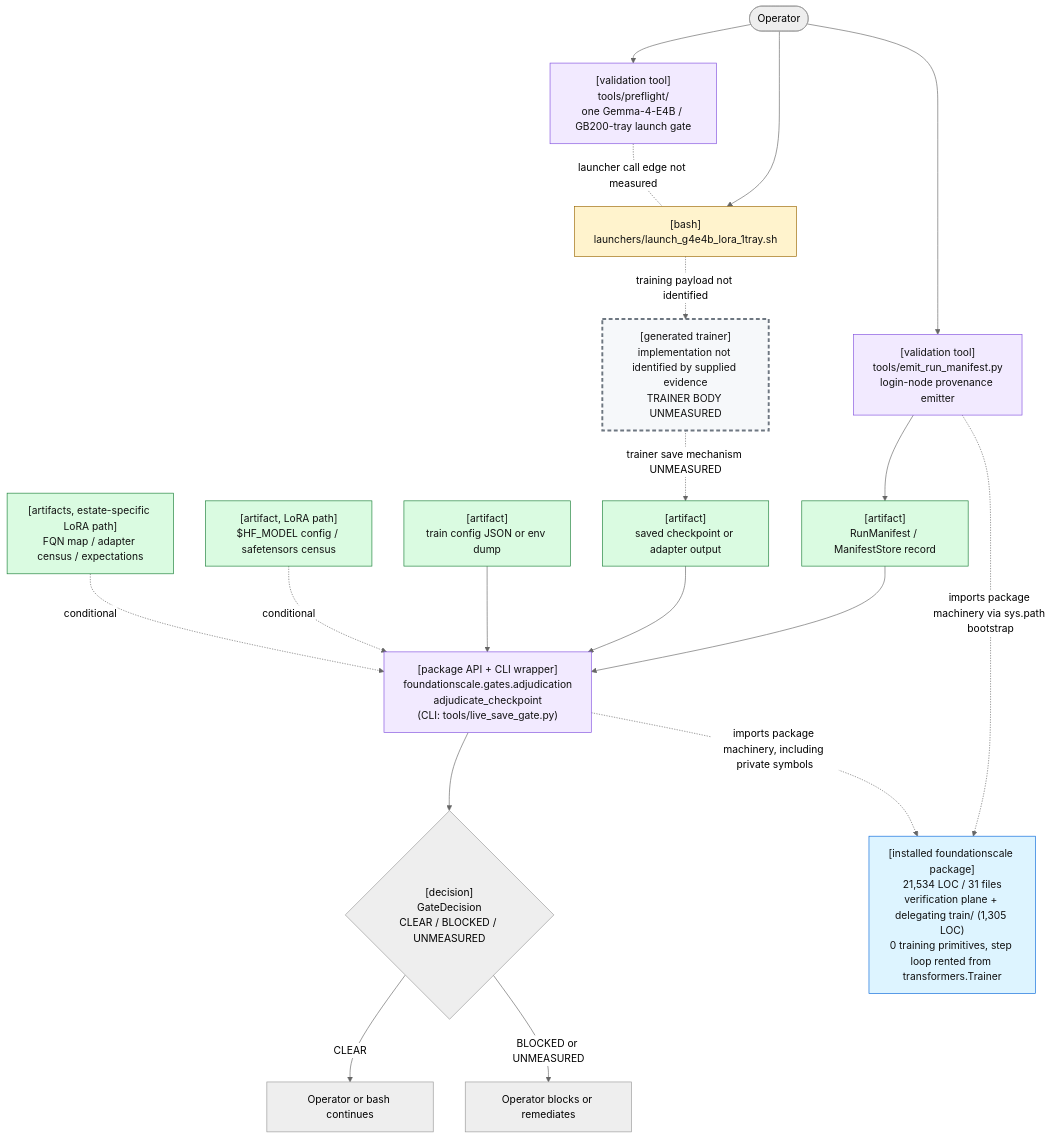
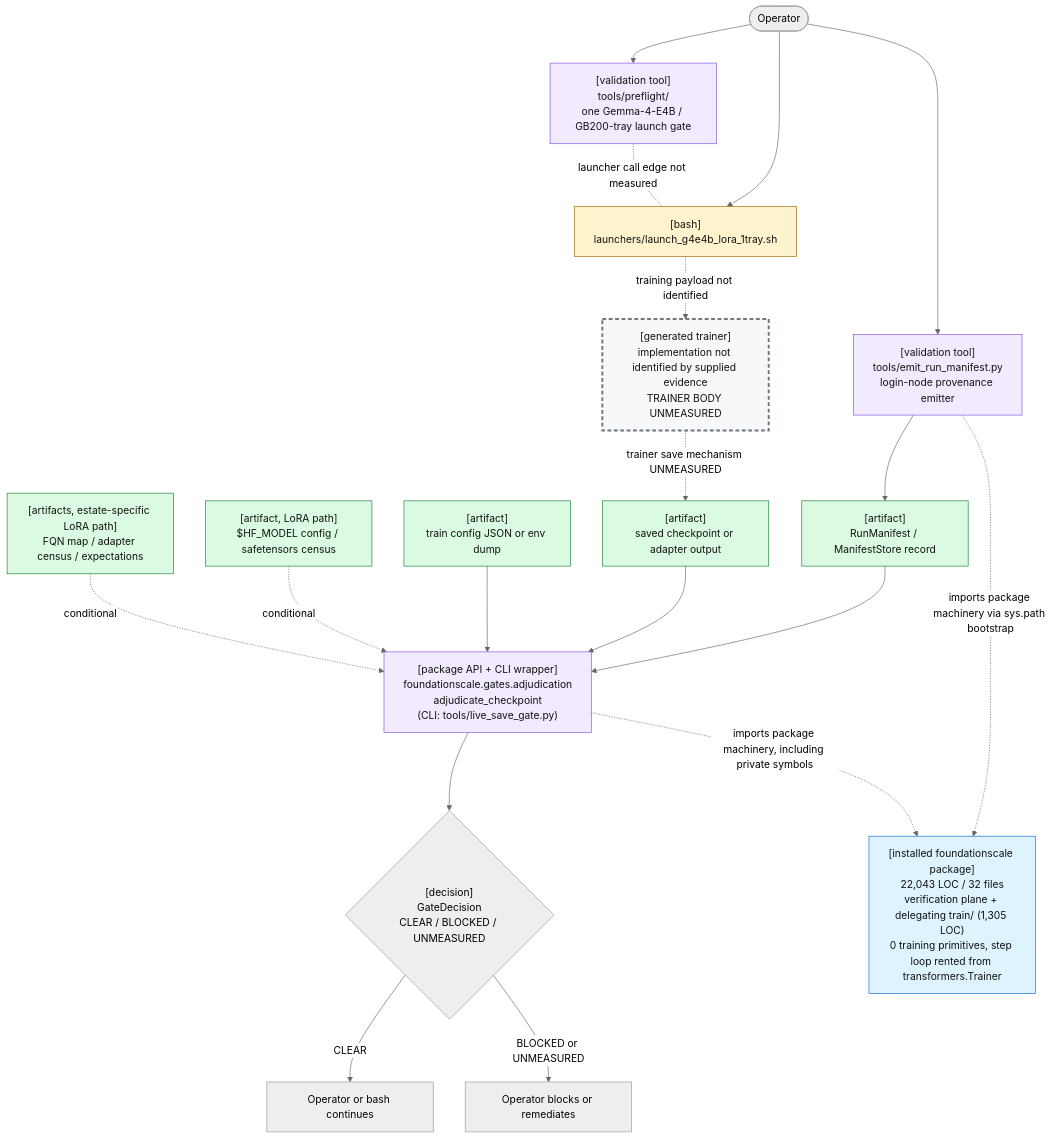
One commit to TranNhiem/FoundationScale changed the first of 2 diagrams in docs/review/D2_current_architecture.md. Above: the diagram before and after it, drawn with Mermaid (neutral theme). The commit also changed other lines of this file and 17 other files, not shown here.

````diff
--- a/docs/review/D2_current_architecture.md
+++ b/docs/review/D2_current_architecture.md
@@ -25,59 +25,59 @@
 ```mermaid
 flowchart TB
   O(["Operator"])
 
   PF["[validation tool]<br/>tools/preflight/<br/>one Gemma-4-E4B / GB200-tray launch gate"]
   L["[bash]<br/>launchers/launch_g4e4b_lora_1tray.sh"]
 
   E["[validation tool]<br/>tools/emit_run_manifest.py<br/>login-node provenance emitter"]
   M["[artifact]<br/>RunManifest / ManifestStore record"]
 
   T["[generated trainer]<br/>implementation not identified by supplied evidence<br/>TRAINER BODY UNMEASURED"]
   C["[artifact]<br/>saved checkpoint or adapter output"]
 
   G["[package API + CLI wrapper]<br/>foundationscale.gates.adjudication<br/>adjudicate_checkpoint<br/>(CLI: tools/live_save_gate.py)"]
   CFG["[artifact]<br/>train config JSON or env dump"]
   BASE["[artifact, LoRA path]<br/>$HF_MODEL config / safetensors census"]
   CEN["[artifacts, estate-specific LoRA path]<br/>FQN map / adapter census / expectations"]
 
   D{"[decision]<br/>GateDecision<br/>CLEAR / BLOCKED / UNMEASURED"}
   OK["Operator or bash continues"]
   NO["Operator blocks or remediates"]
 
-  PKG["[installed foundationscale package]<br/>21,534 LOC / 31 files<br/>verification plane + delegating train/ (1,305 LOC)<br/>0 training primitives, step loop rented from transformers.Trainer"]
+  PKG["[installed foundationscale package]<br/>22,043 LOC / 32 files<br/>verification plane + delegating train/ (1,305 LOC)<br/>0 training primitives, step loop rented from transformers.Trainer"]
 
   O --> PF
   O --> L
   PF -. "launcher call edge not measured" .- L
 
   O --> E
   E --> M
 
   L -. "training payload not identified" .-> T
   T -. "trainer save mechanism UNMEASURED" .-> C
 
   M --> G
   C --> G
   CFG --> G
   BASE -. "conditional" .-> G
   CEN -. "conditional" .-> G
 
   E -. "imports package machinery via sys.path bootstrap" .-> PKG
   G -. "imports package machinery, including private symbols" .-> PKG
 
   G --> D
   D -->|"CLEAR"| OK
   D -->|"BLOCKED or UNMEASURED"| NO
 
   classDef bash fill:#fff3cd,stroke:#9a6700,color:#111;
   classDef tool fill:#f2eaff,stroke:#8250df,color:#111;
   classDef artifact fill:#dafbe1,stroke:#1a7f37,color:#111;
   classDef gap fill:#f6f8fa,stroke:#6e7781,stroke-width:3px,stroke-dasharray: 6 4,color:#111;
   classDef pkg fill:#ddf4ff,stroke:#0969da,color:#111;
 
   class L bash;
   class PF,E,G tool;
   class M,C,CFG,BASE,CEN artifact;
   class T gap;
   class PKG pkg;
 ```
````
